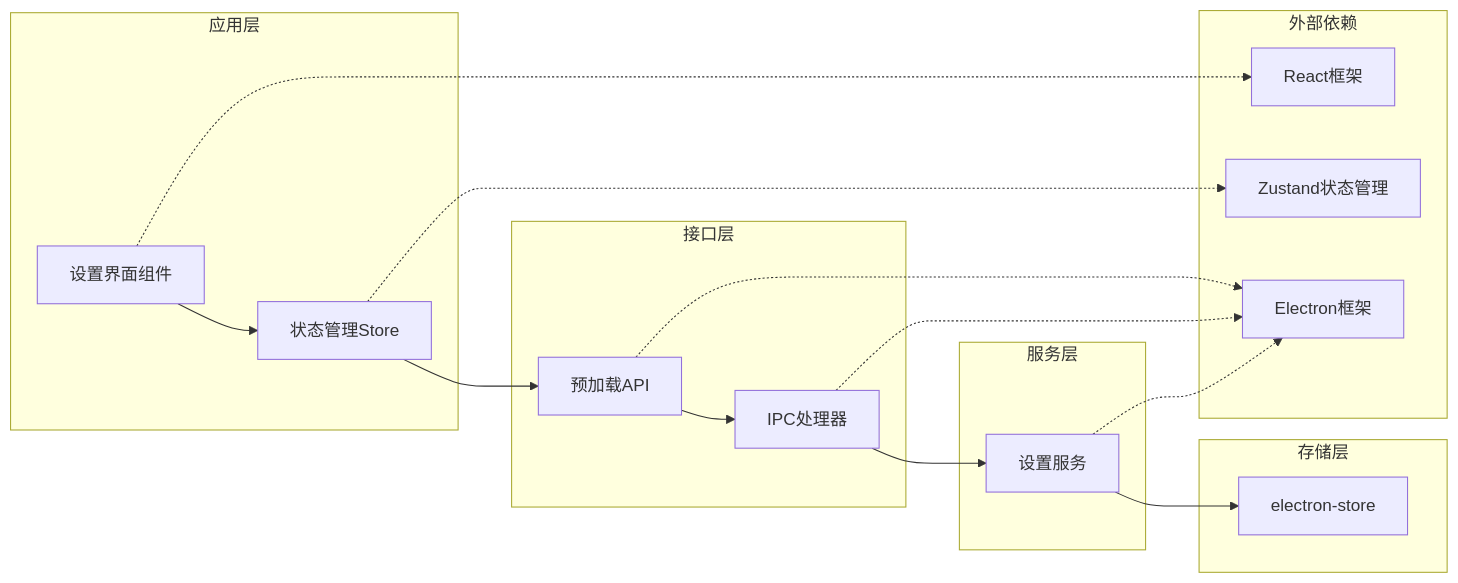
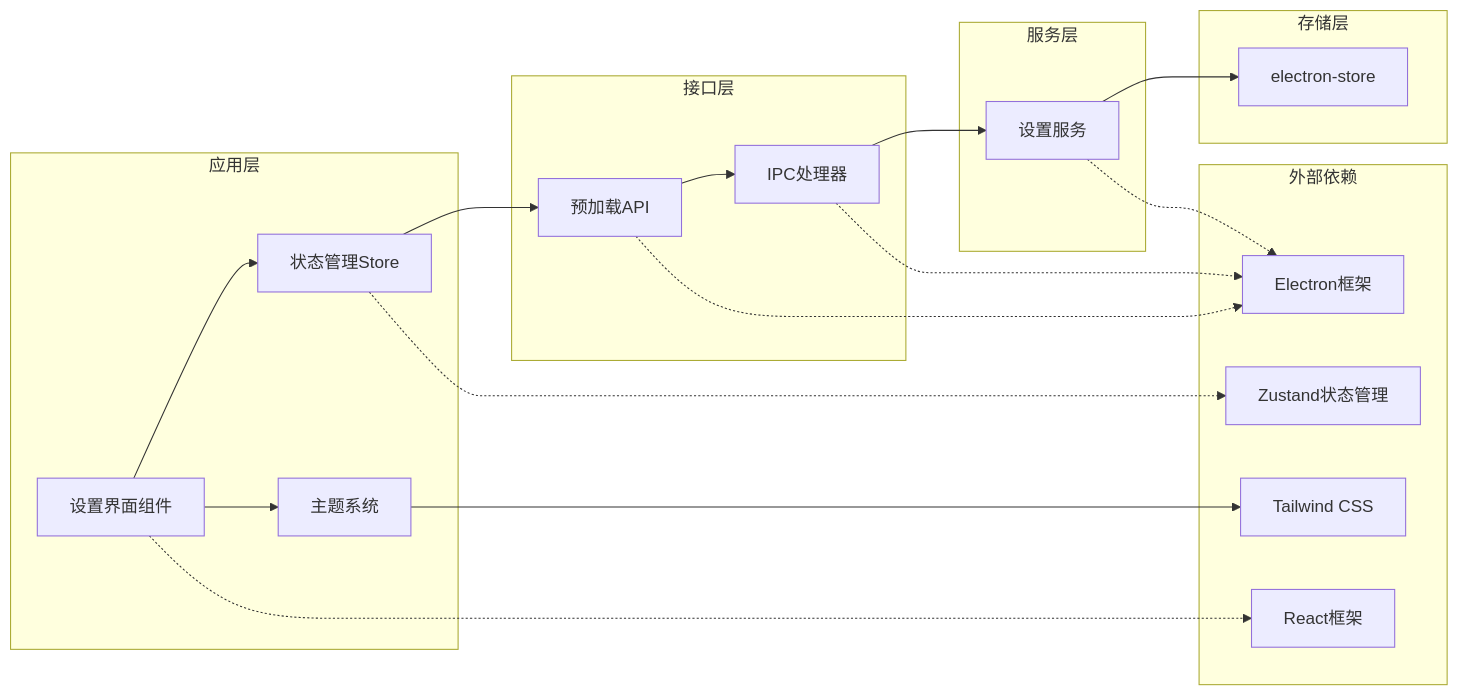
Before and after one commit to remgasuki/ReDoPhoto: the ninth of 9 diagrams in .qoder/repowiki/zh/content/核心服务模块/设置管理服务.md, drawn with Mermaid. The commit also changed other lines of this file and 10 other files, not shown here.

````diff
--- a/.qoder/repowiki/zh/content/核心服务模块/设置管理服务.md
+++ b/.qoder/repowiki/zh/content/核心服务模块/设置管理服务.md
@@ -290,32 +372,36 @@
 ```mermaid
 graph LR
 subgraph "应用层"
 UI[设置界面组件]
 Store[状态管理Store]
+Theme[主题系统]
 end
 subgraph "接口层"
 PreloadAPI[预加载API]
 IPCHandlers[IPC处理器]
 end
 subgraph "服务层"
 SettingsService[设置服务]
 end
 subgraph "存储层"
 ElectronStore[electron-store]
 end
 subgraph "外部依赖"
 React[React框架]
 Zustand[Zustand状态管理]
 Electron[Electron框架]
+TailwindCSS[Tailwind CSS]
 end
 UI --> Store
 Store --> PreloadAPI
 PreloadAPI --> IPCHandlers
 IPCHandlers --> SettingsService
 SettingsService --> ElectronStore
+UI --> Theme
+Theme --> TailwindCSS
 UI -.-> React
 Store -.-> Zustand
 PreloadAPI -.-> Electron
 IPCHandlers -.-> Electron
 SettingsService -.-> Electron
 ```
````
